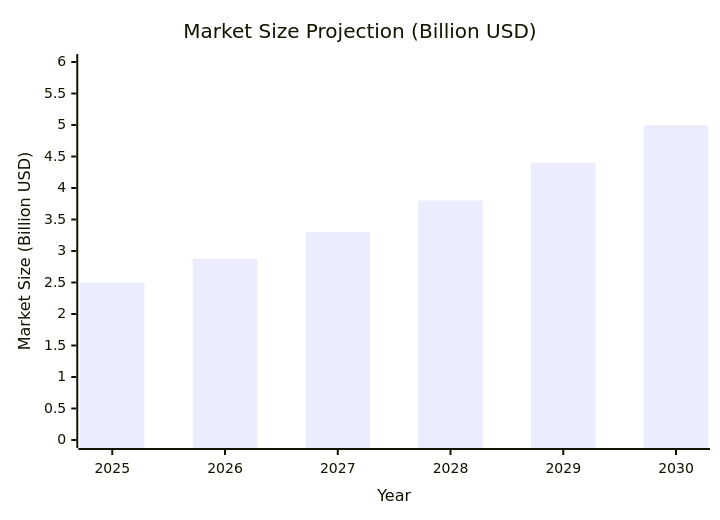
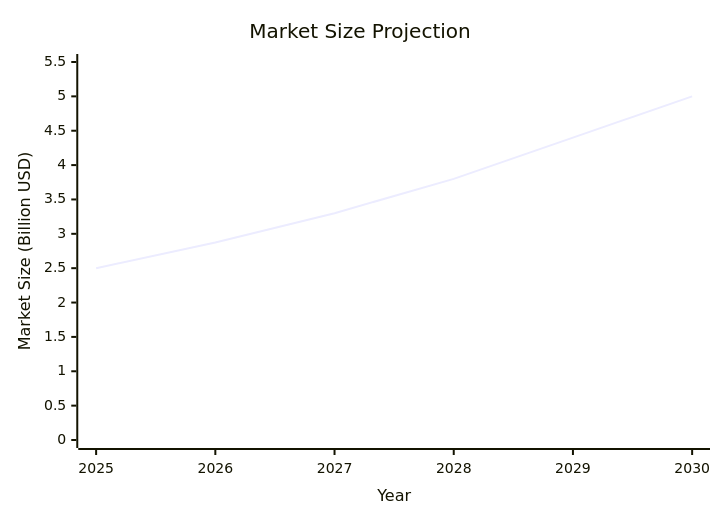
One commit to saikanov/ridwan-curhat changed the third of 6 diagrams in README.md. Above: the diagram before and after it, drawn with Mermaid. The commit also changed other lines of this file, not shown here.

````diff
--- a/README.md
+++ b/README.md
@@ -76,7 +22,7 @@
 ```mermaid
 xychart-beta
-    title "Market Size Projection (Billion USD)"
+    title "Market Size Projection"
     x-axis "Year" [2025, 2026, 2027, 2028, 2029, 2030]
-    y-axis "Market Size (Billion USD)" 0 --> 6
-    bar [2.5, 2.875, 3.3, 3.8, 4.4, 5.0]
+    y-axis "Market Size (Billion USD)" 0 --> 5.5
+    line [2.5, 2.875, 3.3, 3.8, 4.4, 5.0]
 ```
````
